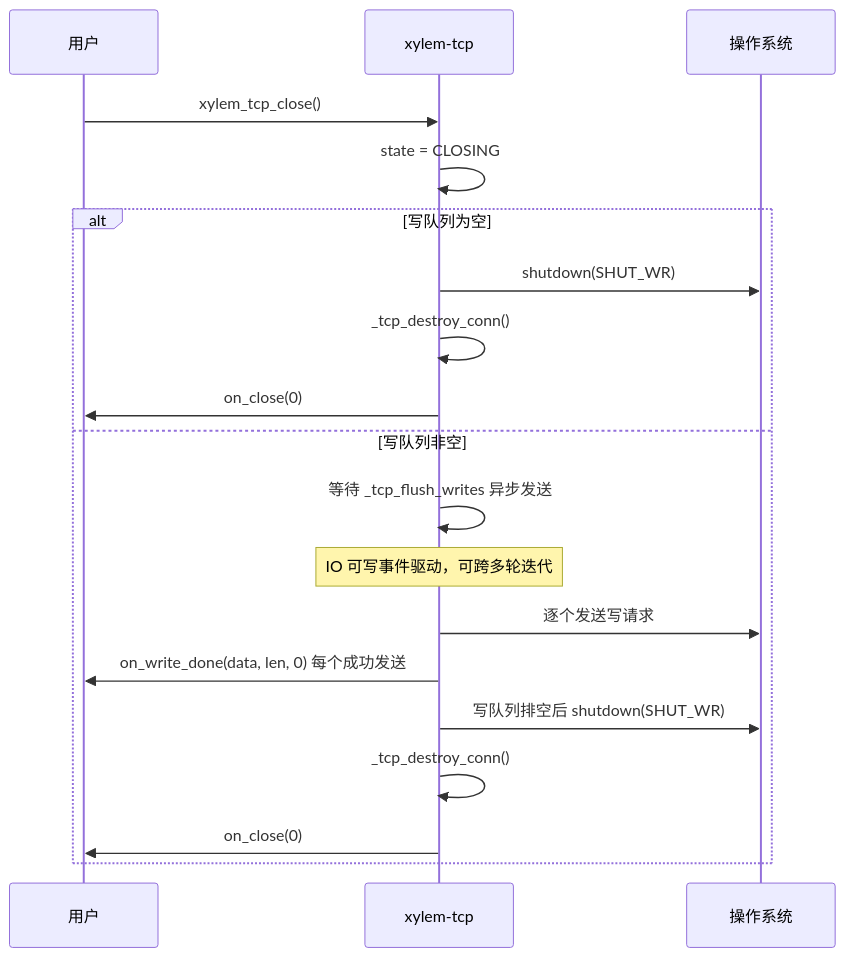
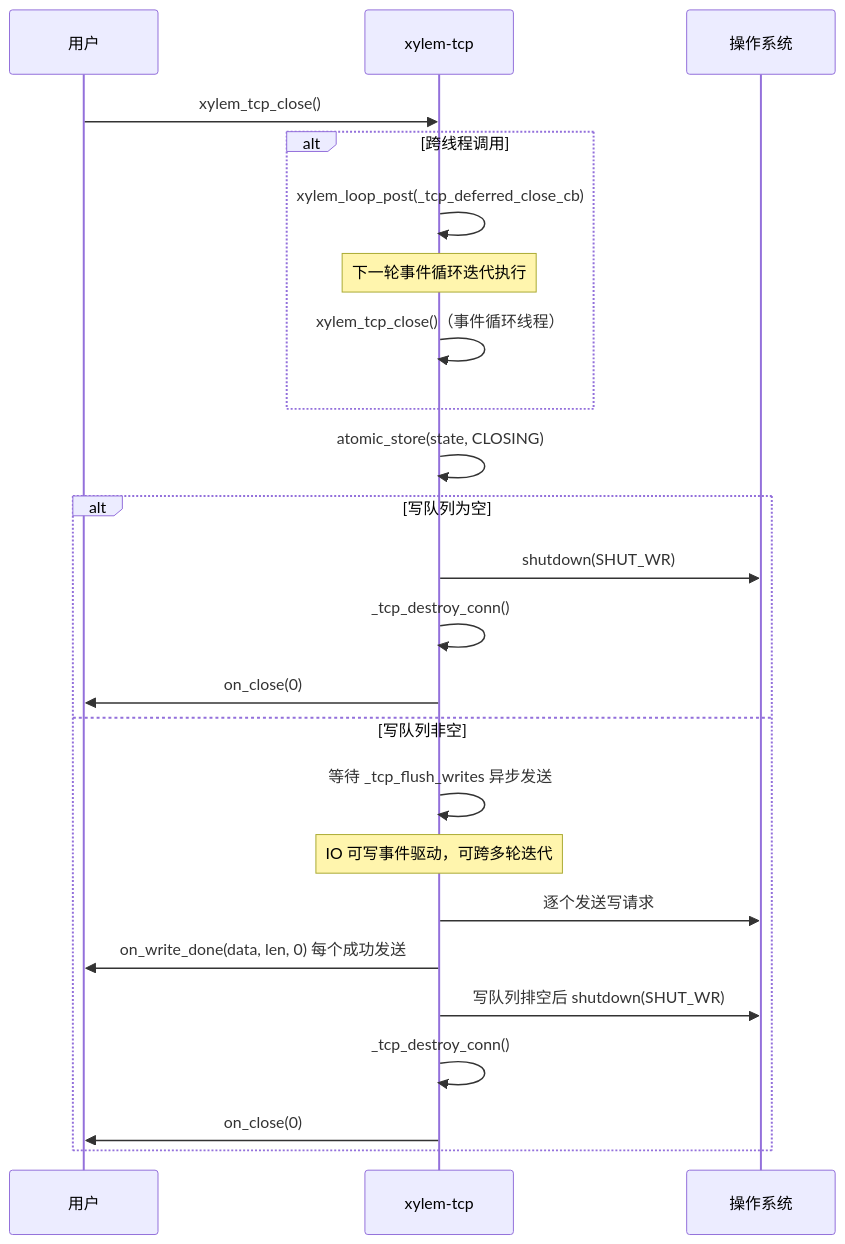
Before and after one commit to MeristemForge/Xylem: the fourth of 4 diagrams in .kiro/steering/tcp-design.md, drawn with Mermaid. The commit also changed other lines of this file and 3 other files, not shown here.

Commit message:
docs: sync tcp design and test docs for thread-safe send/close

````diff
--- a/.kiro/steering/tcp-design.md
+++ b/.kiro/steering/tcp-design.md
@@ -329,22 +347,27 @@
 ```mermaid
 sequenceDiagram
     participant User as 用户
     participant TCP as xylem-tcp
     participant OS as 操作系统
 
     User->>TCP: xylem_tcp_close()
-    TCP->>TCP: state = CLOSING
+    alt 跨线程调用
+        TCP->>TCP: xylem_loop_post(_tcp_deferred_close_cb)
+        Note over TCP: 下一轮事件循环迭代执行
+        TCP->>TCP: xylem_tcp_close()（事件循环线程）
+    end
+    TCP->>TCP: atomic_store(state, CLOSING)
     alt 写队列为空
         TCP->>OS: shutdown(SHUT_WR)
         TCP->>TCP: _tcp_destroy_conn()
         TCP->>User: on_close(0)
     else 写队列非空
         TCP->>TCP: 等待 _tcp_flush_writes 异步发送
         Note over TCP: IO 可写事件驱动，可跨多轮迭代
         TCP->>OS: 逐个发送写请求
         TCP->>User: on_write_done(data, len, 0) 每个成功发送
         TCP->>OS: 写队列排空后 shutdown(SHUT_WR)
         TCP->>TCP: _tcp_destroy_conn()
         TCP->>User: on_close(0)
     end
 ```
````
